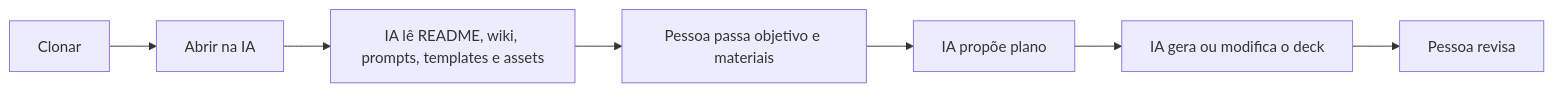
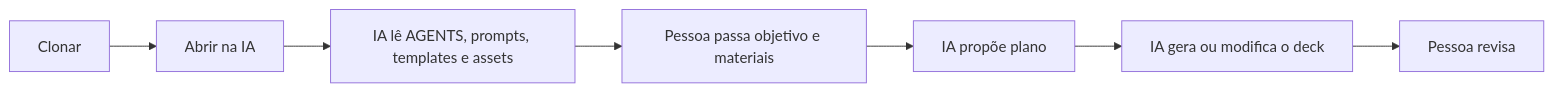
Before and after one commit to ce-bsb/presentation-factory: the diagram in README.md, drawn with Mermaid. The commit also changed other lines of this file and 3 other files, not shown here.

````diff
--- a/README.md
+++ b/README.md
@@ -9,9 +9,9 @@
 ```mermaid
 flowchart LR
     A["Clonar"] --> B["Abrir na IA"]
-    B --> C["IA lê README, wiki, prompts, templates e assets"]
-C --> D["Pessoa passa objetivo e materiais"]
+    B --> C["IA lê AGENTS, prompts, templates e assets"]
+    C --> D["Pessoa passa objetivo e materiais"]
     D --> E["IA propõe plano"]
     E --> F["IA gera ou modifica o deck"]
     F --> G["Pessoa revisa"]
 ```
````
